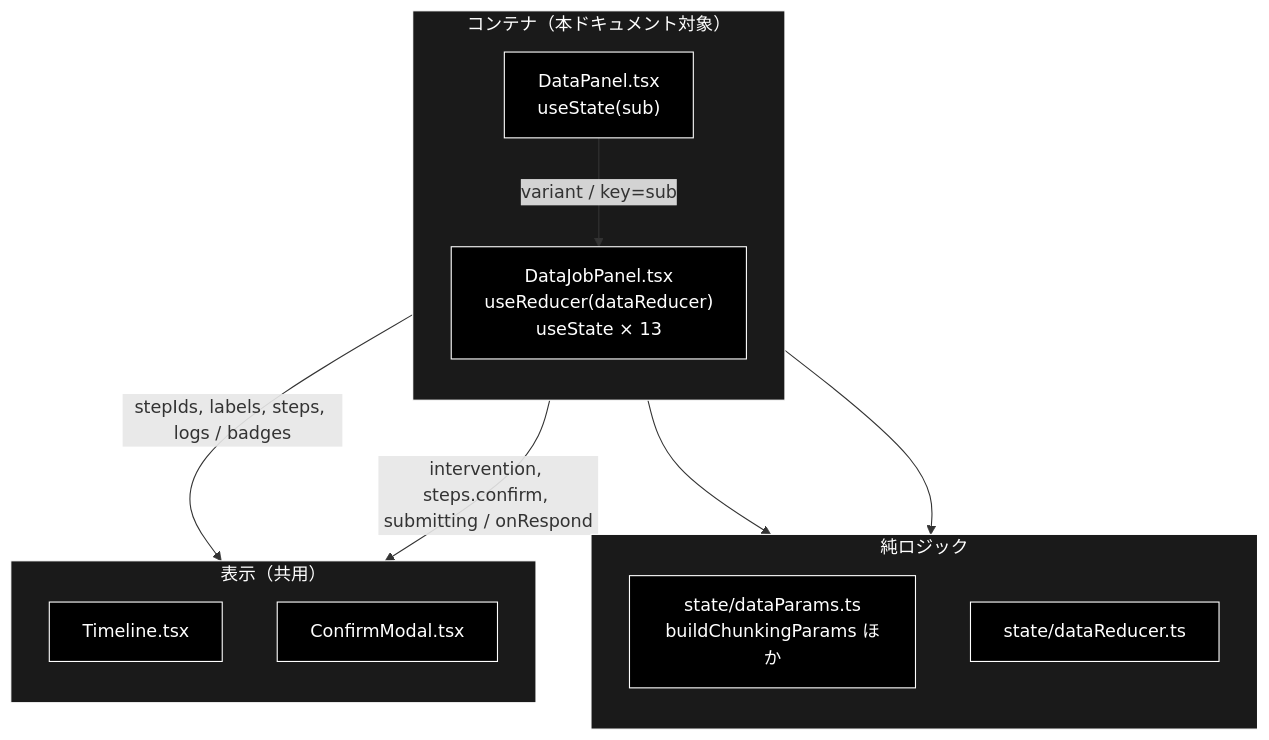
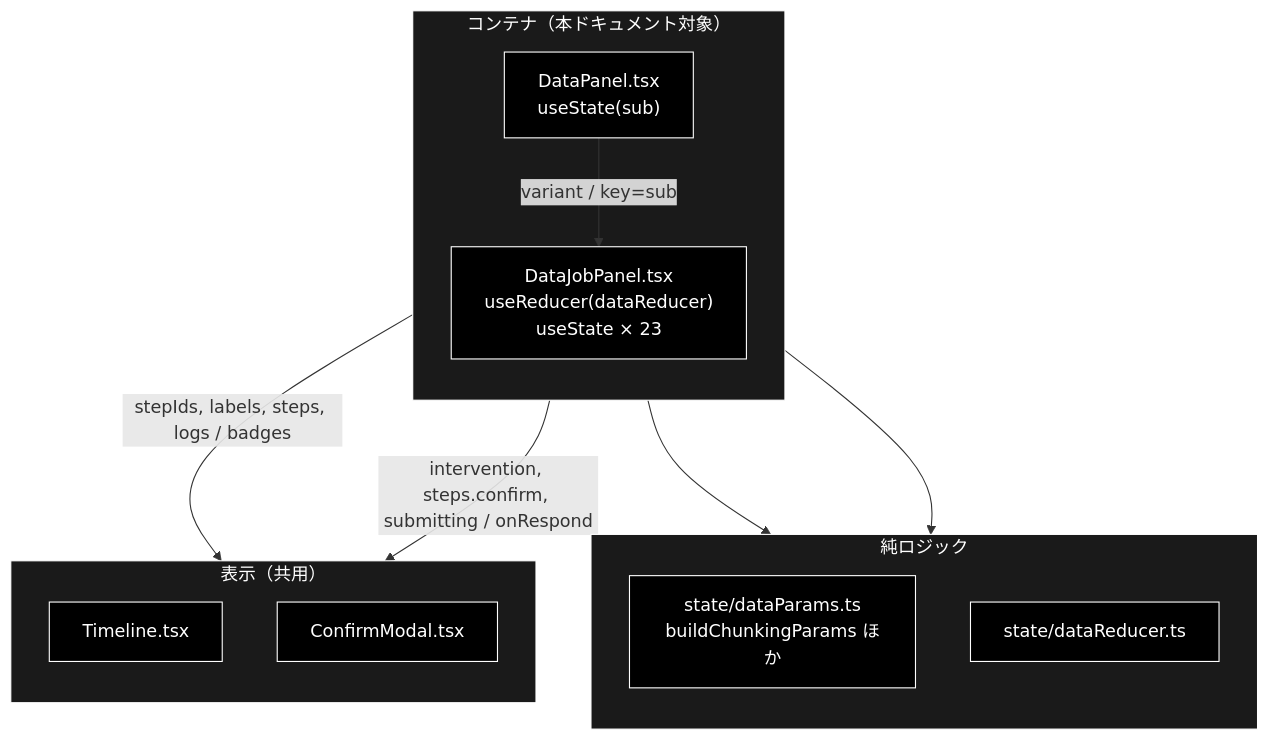
The first of 4 diagrams in frontend/docs/DataJobPanel.md (nakashima2toshio/grace_v2), drawn with Mermaid before and after one commit. The commit also changed other lines of this file and 21 other files, not shown here.

````diff
--- a/frontend/docs/DataJobPanel.md
+++ b/frontend/docs/DataJobPanel.md
@@ -71,29 +71,29 @@
 ```mermaid
 flowchart TB
     subgraph Container["コンテナ（本ドキュメント対象）"]
         direction TB
         DP["DataPanel.tsx<br>useState(sub)"]
-        DJ["DataJobPanel.tsx<br>useReducer(dataReducer)<br>useState × 13"]
+        DJ["DataJobPanel.tsx<br>useReducer(dataReducer)<br>useState × 23"]
     end
     subgraph Logic["純ロジック"]
         direction TB
         PARAMS["state/dataParams.ts<br>buildChunkingParams ほか"]
         RED["state/dataReducer.ts"]
     end
     subgraph Presentational["表示（共用）"]
         direction TB
         TL["Timeline.tsx"]
         CM["ConfirmModal.tsx"]
     end
     DP -->|"variant / key=sub"| DJ
     DJ --> PARAMS
     DJ --> RED
     DJ -->|"stepIds, labels, steps, logs / badges"| TL
     DJ -->|"intervention, steps.confirm, submitting / onRespond"| CM
 classDef default fill:#000,stroke:#fff,color:#fff
 classDef subgraphStyle fill:#1a1a1a,stroke:#fff,color:#fff
 class DP,DJ,PARAMS,RED,TL,CM default
 style Container fill:#1a1a1a,stroke:#fff,color:#fff
 style Logic fill:#1a1a1a,stroke:#fff,color:#fff
 style Presentational fill:#1a1a1a,stroke:#fff,color:#fff
 ```
````
